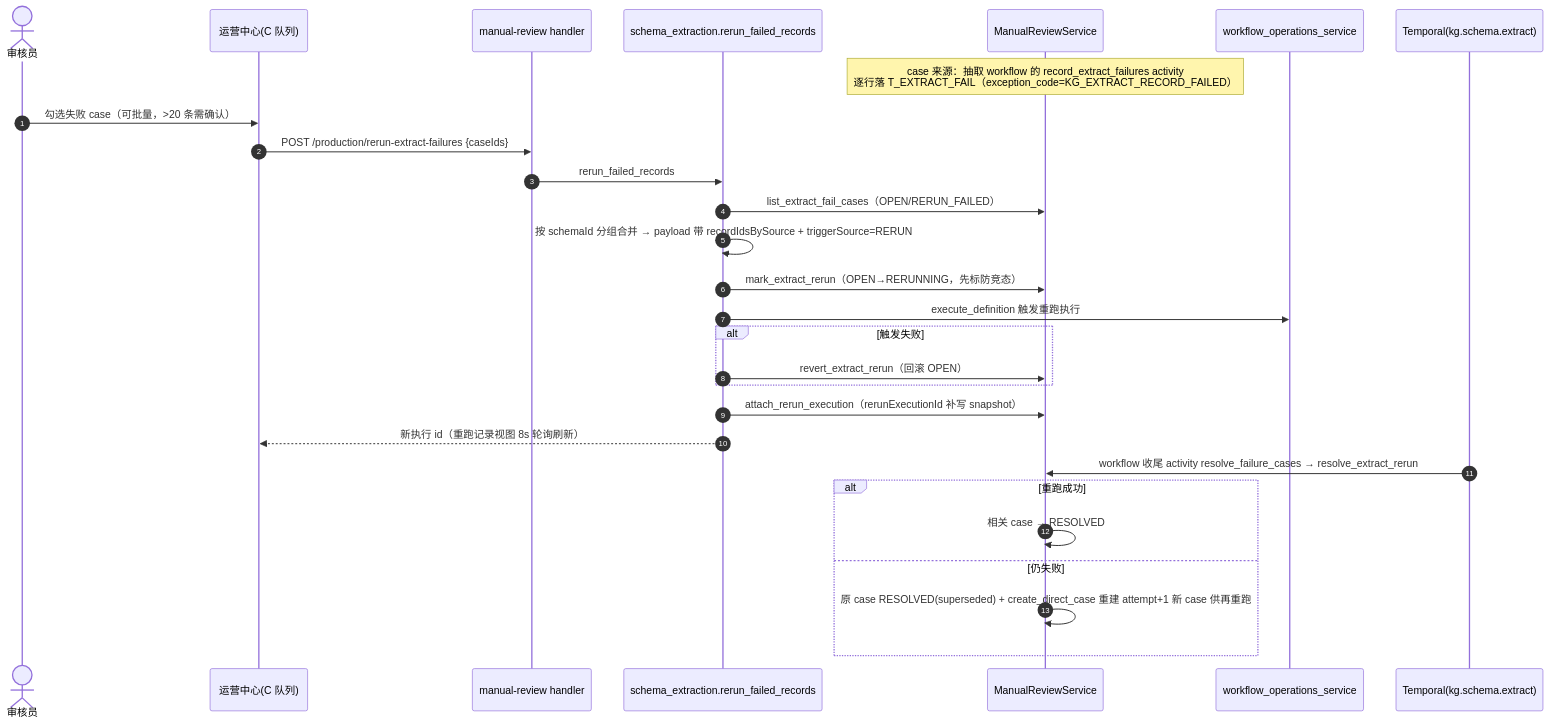
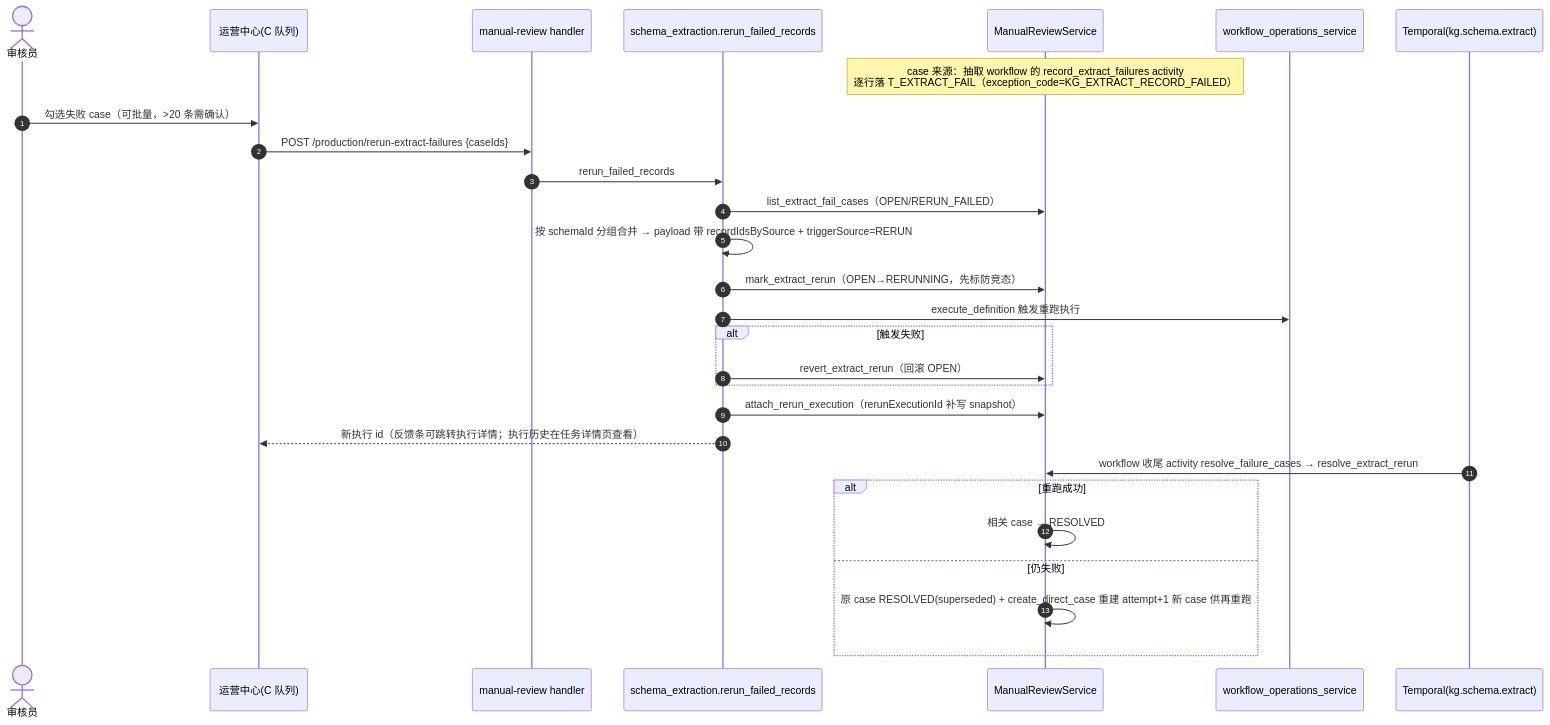
The fourth of 4 diagrams in docs/人工审核模块.md (Marisolebxf/tech-kg-api), drawn with Mermaid before and after one commit. The commit also changed other lines of this file and 6 other files, not shown here.

````diff
--- a/docs/人工审核模块.md
+++ b/docs/人工审核模块.md
@@ -187,31 +188,31 @@
 ```mermaid
 sequenceDiagram
     autonumber
     actor R as 审核员
     participant FE as 运营中心(C 队列)
     participant API as manual-review handler
     participant SE as schema_extraction.rerun_failed_records
     participant SVC as ManualReviewService
     participant OPS as workflow_operations_service
     participant TP as Temporal(kg.schema.extract)
 
     note over SVC: case 来源：抽取 workflow 的 record_extract_failures activity<br/>逐行落 T_EXTRACT_FAIL（exception_code=KG_EXTRACT_RECORD_FAILED）
     R->>FE: 勾选失败 case（可批量，>20 条需确认）
     FE->>API: POST /production/rerun-extract-failures {caseIds}
     API->>SE: rerun_failed_records
     SE->>SVC: list_extract_fail_cases（OPEN/RERUN_FAILED）
     SE->>SE: 按 schemaId 分组合并 → payload 带 recordIdsBySource + triggerSource=RERUN
     SE->>SVC: mark_extract_rerun（OPEN→RERUNNING，先标防竞态）
     SE->>OPS: execute_definition 触发重跑执行
     alt 触发失败
         SE->>SVC: revert_extract_rerun（回滚 OPEN）
     end
     SE->>SVC: attach_rerun_execution（rerunExecutionId 补写 snapshot）
-    SE-->>FE: 新执行 id（重跑记录视图 8s 轮询刷新）
+    SE-->>FE: 新执行 id（反馈条可跳转执行详情；执行历史在任务详情页查看）
     TP->>SVC: workflow 收尾 activity resolve_failure_cases → resolve_extract_rerun
     alt 重跑成功
         SVC->>SVC: 相关 case → RESOLVED
     else 仍失败
         SVC->>SVC: 原 case RESOLVED(superseded) + create_direct_case 重建 attempt+1 新 case 供再重跑
     end
 ```
````
